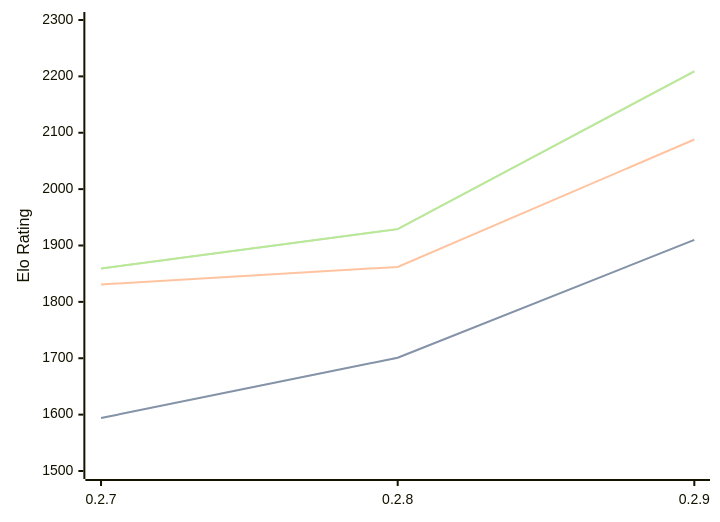
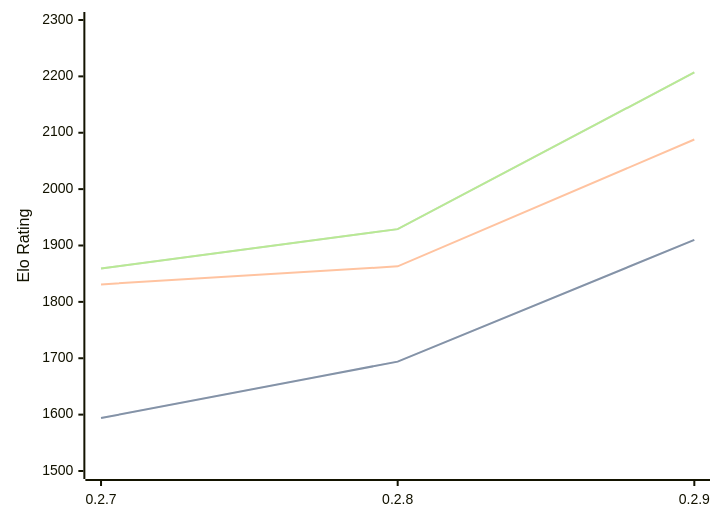
The diagram in engines/Dual.md (computer-chess-index/cci), drawn with Mermaid before and after one commit. The commit also changed other lines of this file, not shown here.

Commit message:
Update CCI Ratings (ELO VLTC) - 2026-05-22

````diff
--- a/engines/Dual.md
+++ b/engines/Dual.md
@@ -41,11 +41,11 @@
 ```mermaid
 %%{init: {"theme":"base","themeVariables":{"seriesColors:['#a3a3a3','#222221','#faa371']}}}%%
 xychart-beta
   x-axis ["0.2.7", "0.2.8", "0.2.9"]
   y-axis "Elo Rating" 1500 --> 2300
-  line "STC (8.0+0.08s)" [1594, 1701, 1910]
-  line "STC (8.0+0.08s)" [1594, 1701, 1910]
-  line "LTC (60.0+0.60s)" [1831, 1862, 2088]
-  line "VLTC (2m24s+1.12s)" [1859, 1929, 2209]
-  line "VLTC (2m24s+1.12s)" [1859, 1929, 2209]
+  line "STC (8.0+0.08s)" [1594, 1694, 1910]
+  line "STC (8.0+0.08s)" [1594, 1694, 1910]
+  line "LTC (60.0+0.60s)" [1831, 1863, 2088]
+  line "VLTC (2m24s+1.12s)" [1859, 1929, 2207]
+  line "VLTC (2m24s+1.12s)" [1859, 1929, 2207]
 ```
````
